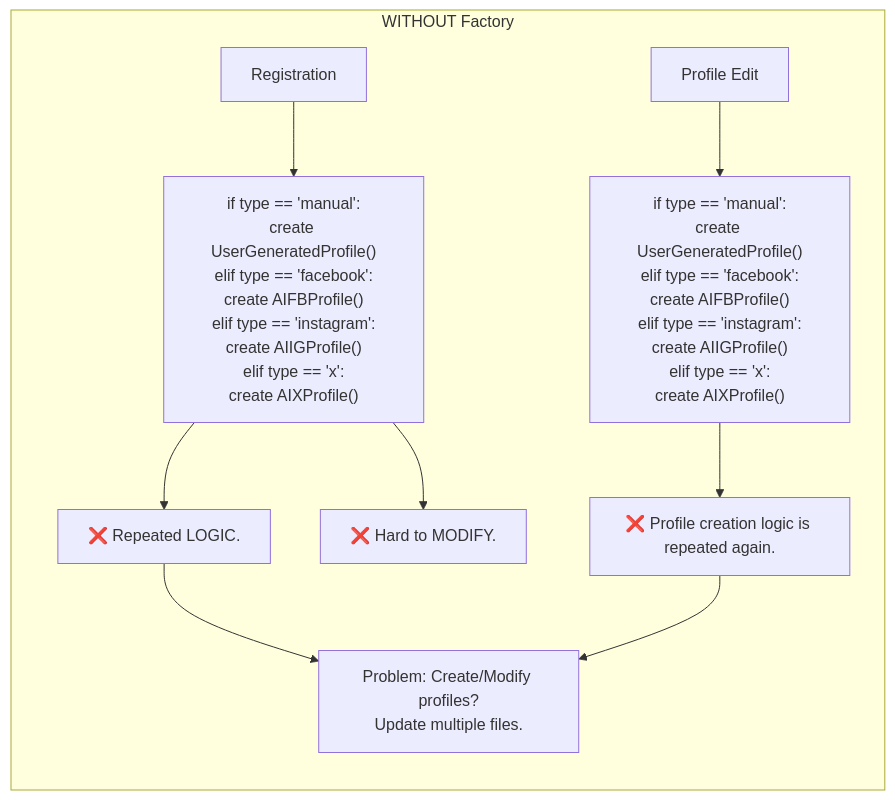
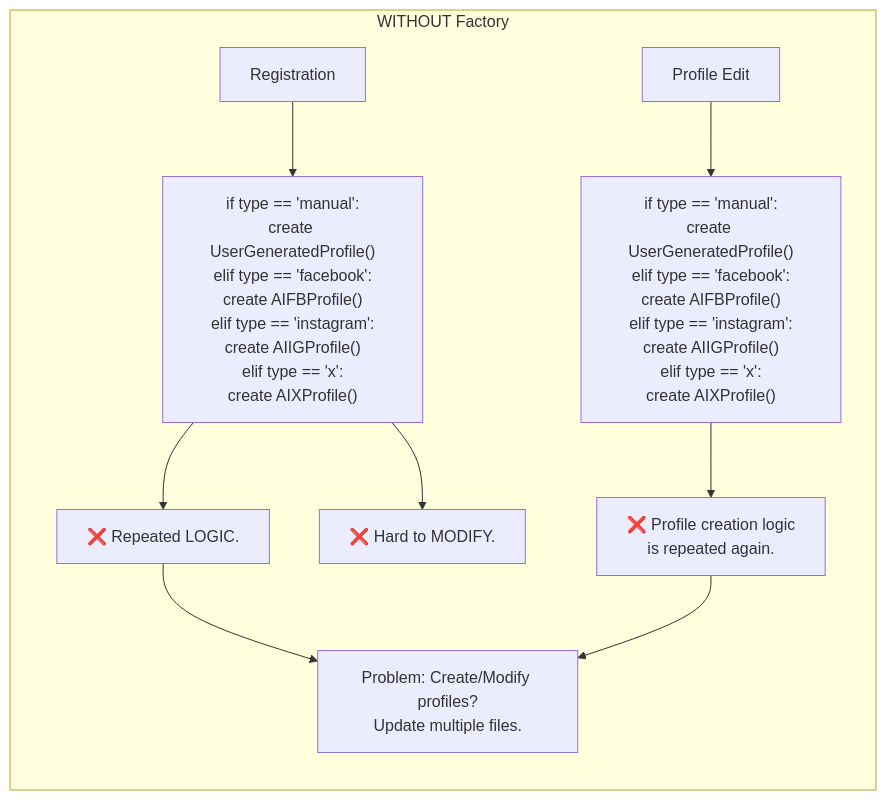
The diagram in README.md (NellePot/FirstRepository), drawn with Mermaid before and after one commit.

````diff
--- a/README.md
+++ b/README.md
@@ -5,18 +5,18 @@
 ```mermaid
 flowchart TB
     subgraph W["WITHOUT Factory"]
         direction TB
 
         A[Registration] --> B["if type == 'manual':<br/>create UserGeneratedProfile()<br/>elif type == 'facebook':<br/>create AIFBProfile()<br/>elif type == 'instagram':<br/>create AIIGProfile()<br/>elif type == 'x':<br/>create AIXProfile()"]
 
         B --> C["❌ Repeated LOGIC."]
         B --> D["❌ Hard to MODIFY."]
 
         E[Profile Edit] --> F["if type == 'manual':<br/>create UserGeneratedProfile()<br/>elif type == 'facebook':<br/>create AIFBProfile()<br/>elif type == 'instagram':<br/>create AIIGProfile()<br/>elif type == 'x':<br/>create AIXProfile()"]
 
-        F --> G["❌ Profile creation logic is repeated again."]
+        F --> G["❌ Profile creation logic<br/>is repeated again."]
 
         C --> H["Problem: Create/Modify profiles?<br/>Update multiple files."]
         G --> H
     end
 ```
````
